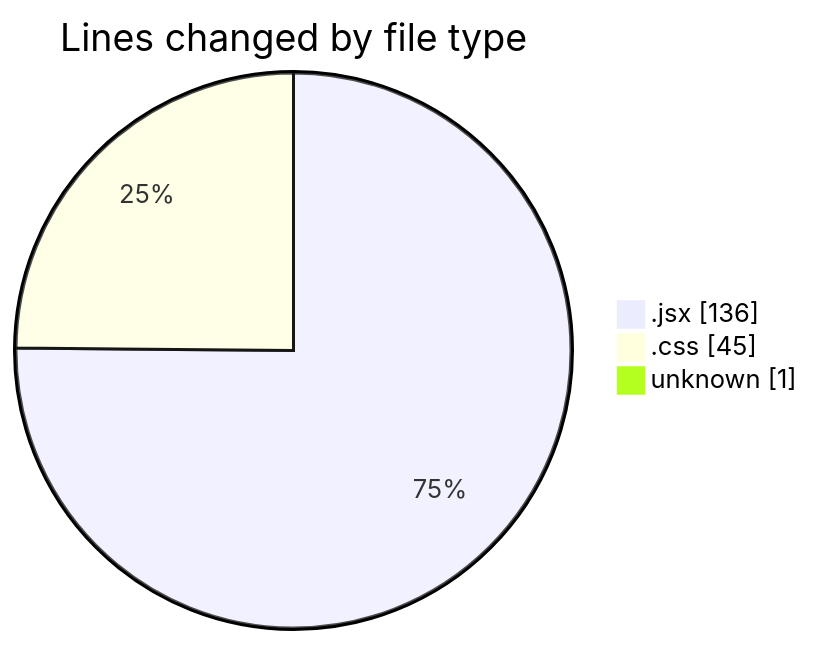
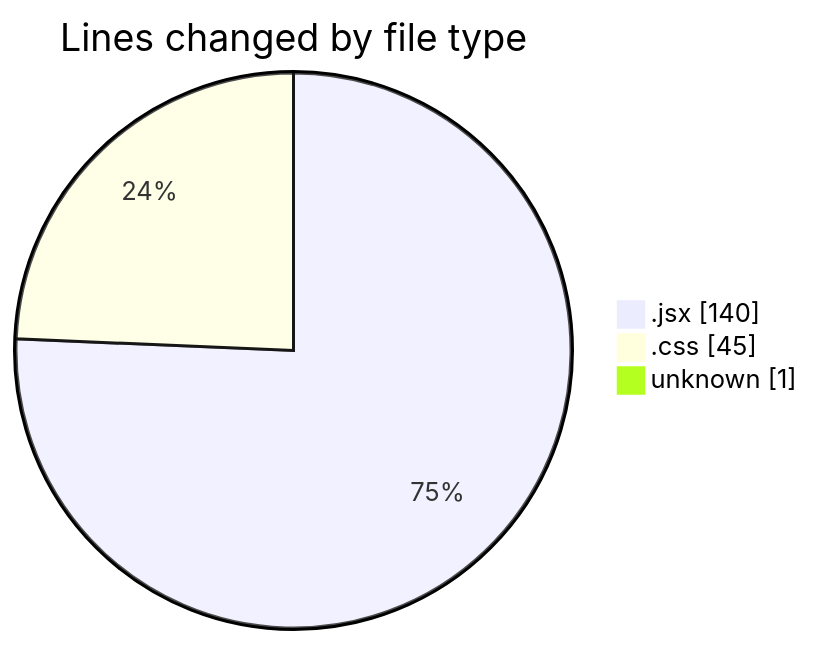
Before and after one commit to Elitesun/code-tracking: the first of 2 diagrams in 2025-02-06/react_ecom/README.md, drawn with Mermaid. The commit also changed other lines of this file and 1 other file, not shown here.

````diff
--- a/2025-02-06/react_ecom/README.md
+++ b/2025-02-06/react_ecom/README.md
@@ -24,7 +24,7 @@
 ```mermaid
 pie showData
 title Lines changed by file type
-".jsx" : 136
+".jsx" : 140
 ".css" : 45
 "unknown" : 1
 ```
````
